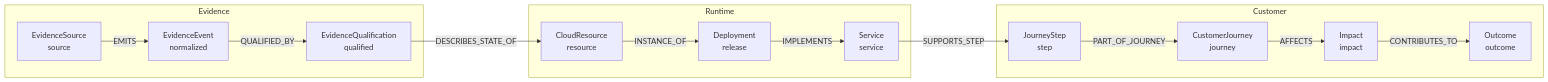
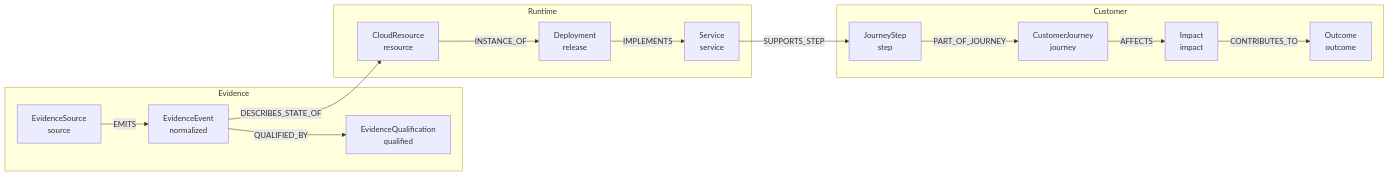
Before and after one commit to fenoch4real/uacrf-unified-adaptive-cloud-resilience-framework: the diagram in design/technical-approach/mermaid/02_evidence_to_outcome.mmd, drawn with Mermaid. The commit also changed 21 other files, not shown here.

```diff
--- a/design/technical-approach/mermaid/02_evidence_to_outcome.mmd
+++ b/design/technical-approach/mermaid/02_evidence_to_outcome.mmd
@@ -1,27 +1,27 @@
 flowchart LR
   %% 02 Evidence To Outcome
   subgraph SG0["Evidence"]
     N0["EvidenceSource<br/>source"]
     N1["EvidenceEvent<br/>normalized"]
     N2["EvidenceQualification<br/>qualified"]
   end
   subgraph SG1["Runtime"]
     N3["CloudResource<br/>resource"]
     N4["Deployment<br/>release"]
     N5["Service<br/>service"]
   end
   subgraph SG2["Customer"]
     N6["JourneyStep<br/>step"]
     N7["CustomerJourney<br/>journey"]
     N8["Impact<br/>impact"]
     N9["Outcome<br/>outcome"]
   end
   N0 -->|EMITS| N1
   N1 -->|QUALIFIED_BY| N2
-  N2 -->|DESCRIBES_STATE_OF| N3
+  N1 -->|DESCRIBES_STATE_OF| N3
   N3 -->|INSTANCE_OF| N4
   N4 -->|IMPLEMENTS| N5
   N5 -->|SUPPORTS_STEP| N6
   N6 -->|PART_OF_JOURNEY| N7
   N7 -->|AFFECTS| N8
   N8 -->|CONTRIBUTES_TO| N9
```
